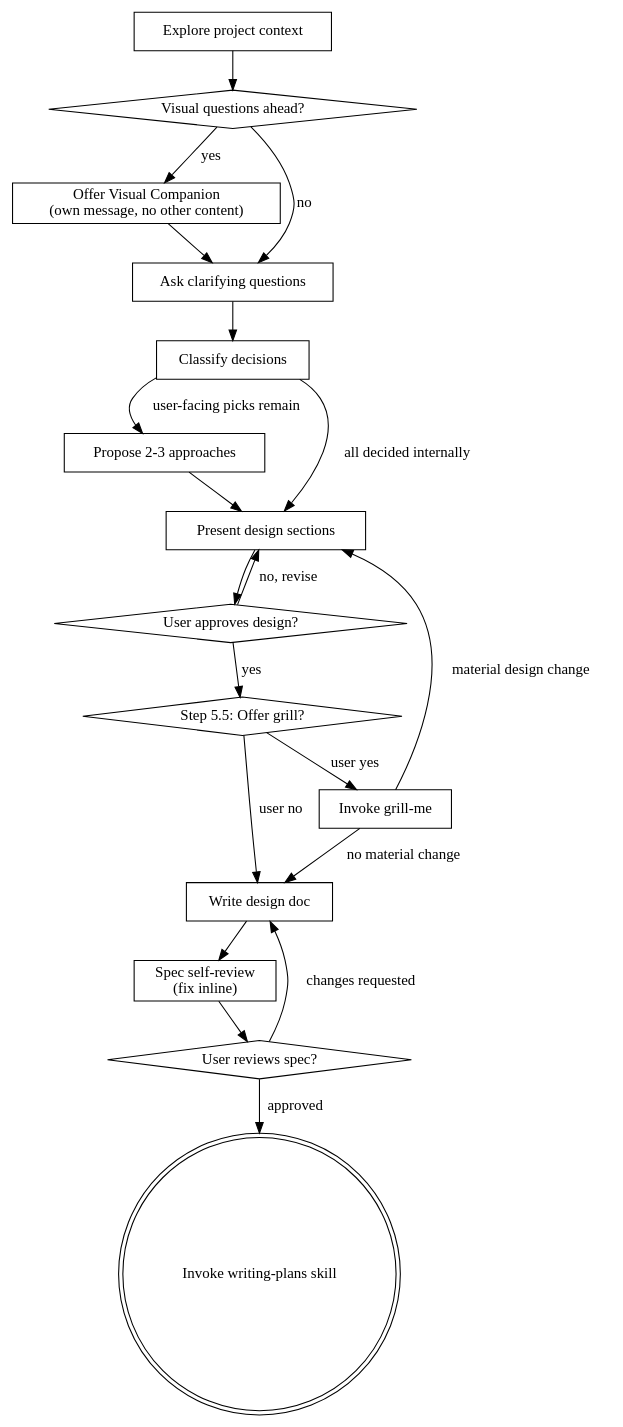
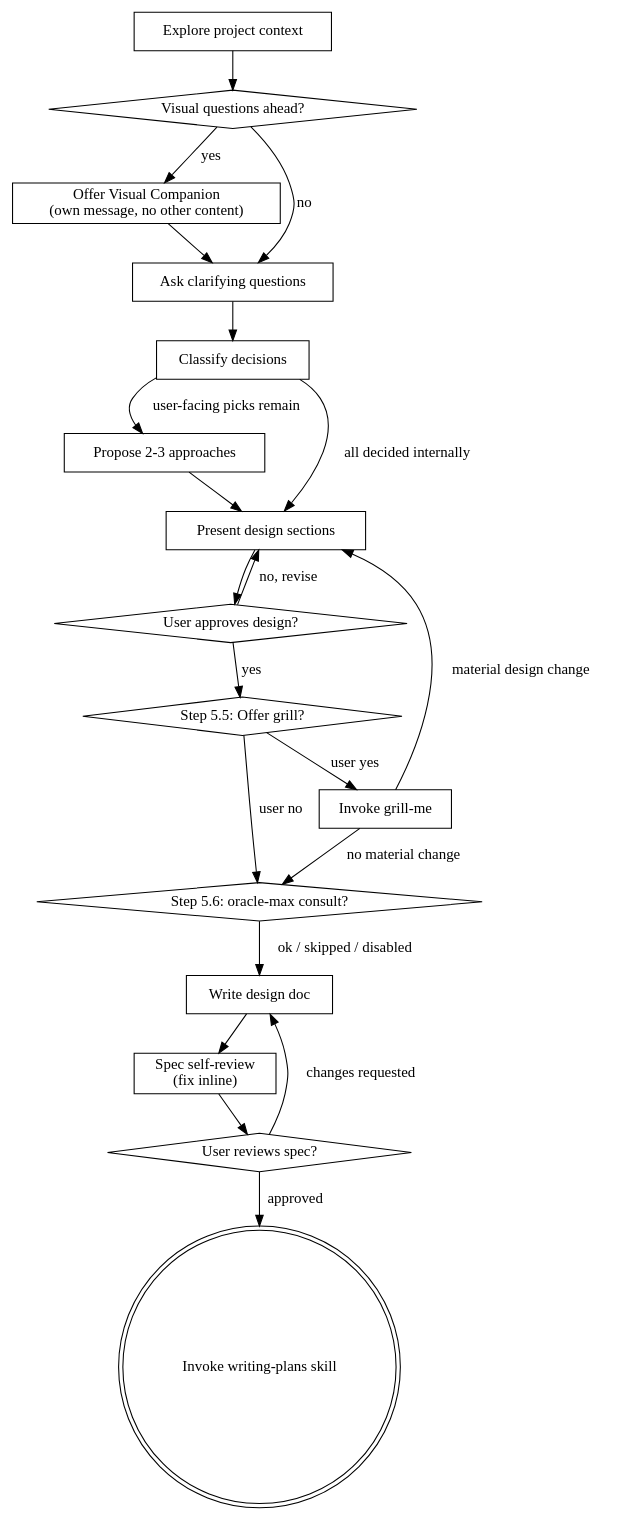
The diagram in skills/brainstorming/SKILL.md (chris-yyau/busdriver), drawn with Graphviz before and after one commit. The commit also changed other lines of this file, not shown here.

Commit message:
feat: add opt-in oracle-max design critique to brainstorming Step 5.6

````diff
--- a/skills/brainstorming/SKILL.md
+++ b/skills/brainstorming/SKILL.md
@@ -45,38 +46,40 @@
 ```dot
 digraph brainstorming {
     "Explore project context" [shape=box];
     "Visual questions ahead?" [shape=diamond];
     "Offer Visual Companion\n(own message, no other content)" [shape=box];
     "Ask clarifying questions" [shape=box];
     "Classify decisions" [shape=box];
     "Propose 2-3 approaches" [shape=box];
     "Present design sections" [shape=box];
     "User approves design?" [shape=diamond];
     "Step 5.5: Offer grill?" [shape=diamond];
     "Invoke grill-me" [shape=box];
+    "Step 5.6: oracle-max consult?" [shape=diamond];
     "Write design doc" [shape=box];
     "Spec self-review\n(fix inline)" [shape=box];
     "User reviews spec?" [shape=diamond];
     "Invoke writing-plans skill" [shape=doublecircle];
 
     "Explore project context" -> "Visual questions ahead?";
     "Visual questions ahead?" -> "Offer Visual Companion\n(own message, no other content)" [label="yes"];
     "Visual questions ahead?" -> "Ask clarifying questions" [label="no"];
     "Offer Visual Companion\n(own message, no other content)" -> "Ask clarifying questions";
     "Ask clarifying questions" -> "Classify decisions";
     "Classify decisions" -> "Propose 2-3 approaches" [label="user-facing picks remain"];
     "Classify decisions" -> "Present design sections" [label="all decided internally"];
     "Propose 2-3 approaches" -> "Present design sections";
     "Present design sections" -> "User approves design?";
     "User approves design?" -> "Present design sections" [label="no, revise"];
     "User approves design?" -> "Step 5.5: Offer grill?" [label="yes"];
     "Step 5.5: Offer grill?" -> "Invoke grill-me" [label="user yes"];
-    "Step 5.5: Offer grill?" -> "Write design doc" [label="user no"];
+    "Step 5.5: Offer grill?" -> "Step 5.6: oracle-max consult?" [label="user no"];
     "Invoke grill-me" -> "Present design sections" [label="material design change"];
-    "Invoke grill-me" -> "Write design doc" [label="no material change"];
+    "Invoke grill-me" -> "Step 5.6: oracle-max consult?" [label="no material change"];
+    "Step 5.6: oracle-max consult?" -> "Write design doc" [label="ok / skipped / disabled"];
     "Write design doc" -> "Spec self-review\n(fix inline)";
     "Spec self-review\n(fix inline)" -> "User reviews spec?";
     "User reviews spec?" -> "Write design doc" [label="changes requested"];
     "User reviews spec?" -> "Invoke writing-plans skill" [label="approved"];
 }
 ```
````
